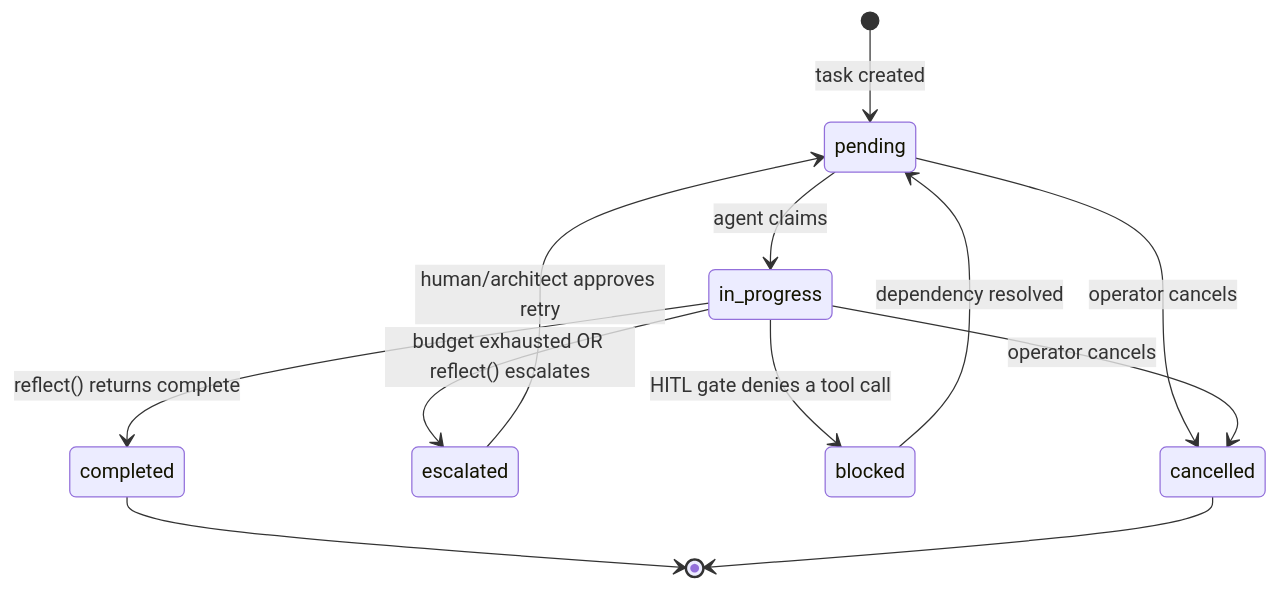
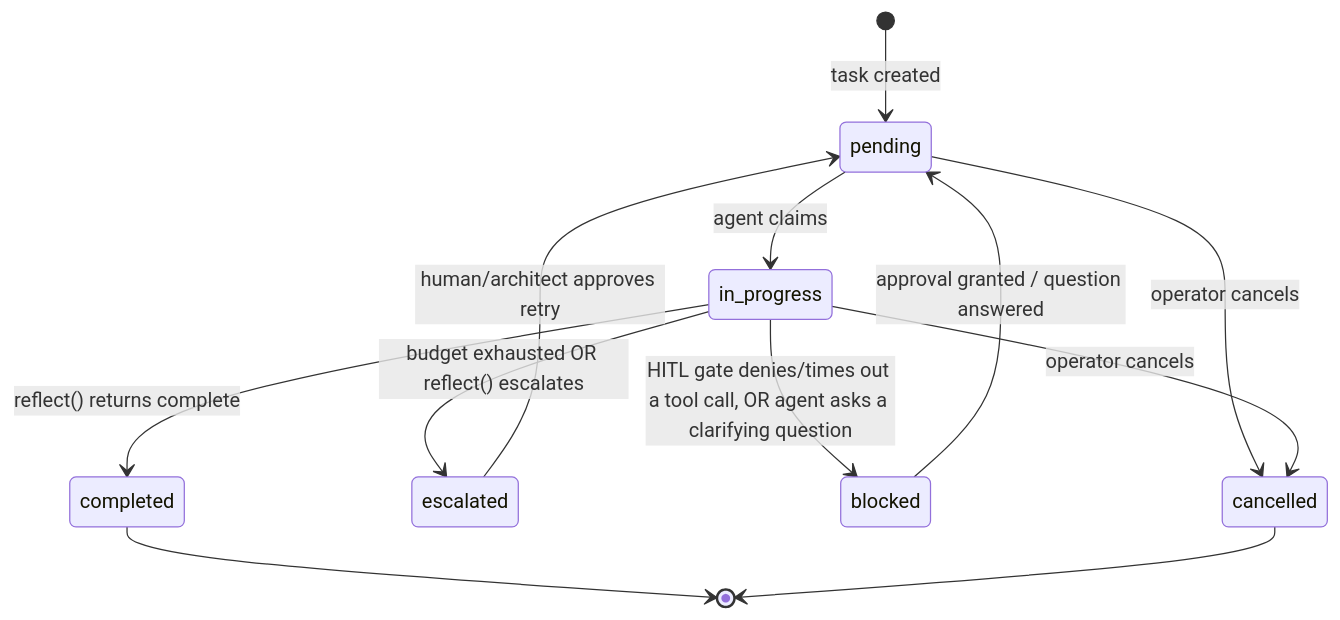
Before and after one commit to sockt-dev/sockt: the second of 6 diagrams in docs/ARCHITECTURE.md, drawn with Mermaid. The commit also changed other lines of this file and 58 other files, not shown here.

````diff
--- a/docs/ARCHITECTURE.md
+++ b/docs/ARCHITECTURE.md
@@ -84,14 +84,14 @@
 ```mermaid
 stateDiagram-v2
     [*] --> pending: task created
     pending --> in_progress: agent claims
     in_progress --> completed: reflect() returns complete
     in_progress --> escalated: budget exhausted OR reflect() escalates
-    in_progress --> blocked: HITL gate denies a tool call
+    in_progress --> blocked: HITL gate denies/times out a tool call, OR agent asks a clarifying question
     escalated --> pending: human/architect approves retry
-    blocked --> pending: dependency resolved
+    blocked --> pending: approval granted / question answered
     pending --> cancelled: operator cancels
     in_progress --> cancelled: operator cancels
     completed --> [*]
     cancelled --> [*]
 ```
````
